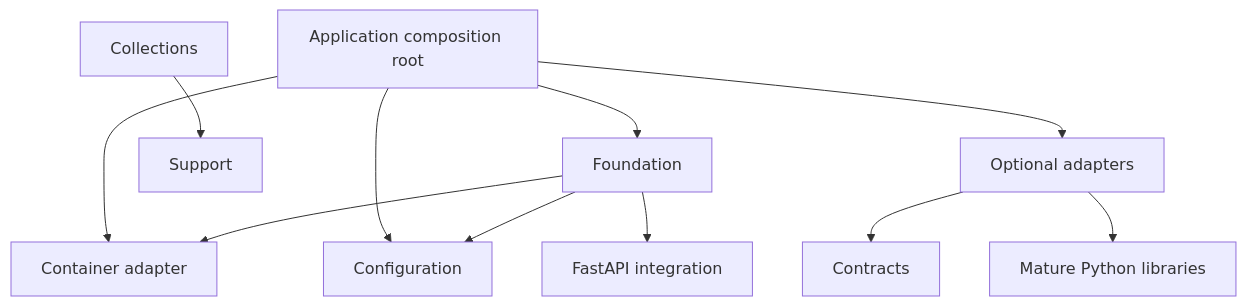
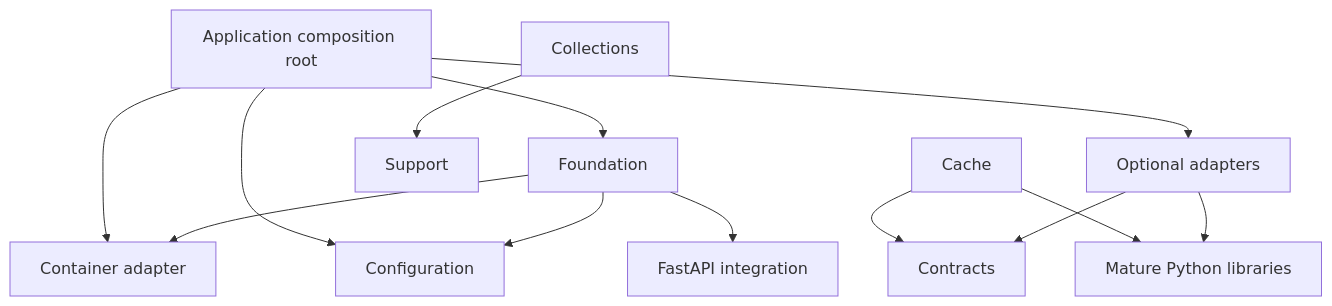
One commit to cyber-cosmos/titanspan changed the first of 2 diagrams in ARCHITECTURE.md. Above: the diagram before and after it, drawn with Mermaid. The commit also changed other lines of this file and 31 other files, not shown here.

````diff
--- a/ARCHITECTURE.md
+++ b/ARCHITECTURE.md
@@ -110,24 +112,27 @@
 ```mermaid
 flowchart TD
     App[Application composition root]
     Foundation[Foundation]
     Container[Container adapter]
     Config[Configuration]
     Collections[Collections]
+    Cache[Cache]
     Support[Support]
     Contracts[Contracts]
     Web[FastAPI integration]
     Optional[Optional adapters]
     Libraries[Mature Python libraries]
 
     App --> Foundation
     App --> Container
     App --> Config
     Foundation --> Container
     Foundation --> Config
     Foundation --> Web
     Collections --> Support
+    Cache --> Contracts
+    Cache --> Libraries
     Optional --> Contracts
     Optional --> Libraries
     App --> Optional
 ```
````
